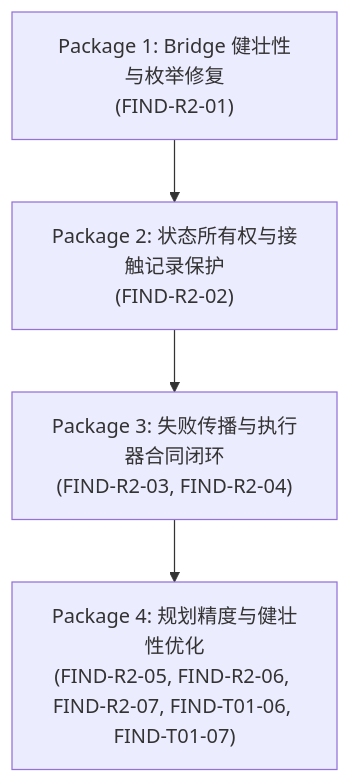
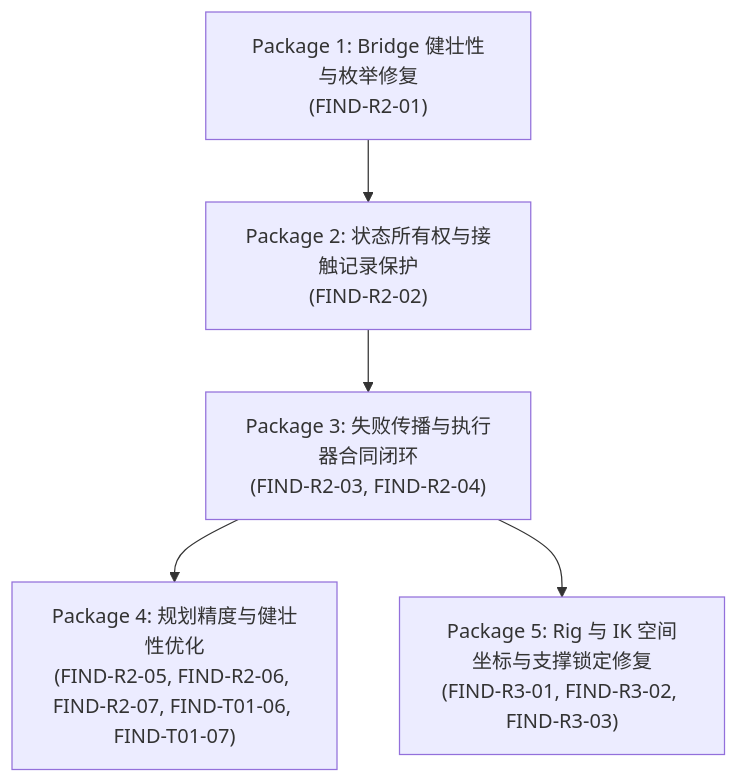
The diagram in docs/audit/production_interface/OPEN_FINDINGS.md (cgfe10231-ai/ProceduralAnimation), drawn with Mermaid before and after one commit. The commit also changed other lines of this file and 5 other files, not shown here.

````diff
--- a/docs/audit/production_interface/OPEN_FINDINGS.md
+++ b/docs/audit/production_interface/OPEN_FINDINGS.md
@@ -263,6 +324,7 @@
 ```mermaid
 flowchart TD
     PKG1["Package 1: Bridge 健壮性与枚举修复<br>(FIND-R2-01)"] --> PKG2["Package 2: 状态所有权与接触记录保护<br>(FIND-R2-02)"]
     PKG2 --> PKG3["Package 3: 失败传播与执行器合同闭环<br>(FIND-R2-03, FIND-R2-04)"]
     PKG3 --> PKG4["Package 4: 规划精度与健壮性优化<br>(FIND-R2-05, FIND-R2-06, FIND-R2-07, FIND-T01-06, FIND-T01-07)"]
+    PKG3 --> PKG5["Package 5: Rig 与 IK 空间坐标与支撑锁定修复<br>(FIND-R3-01, FIND-R3-02, FIND-R3-03)"]
 ```
````
